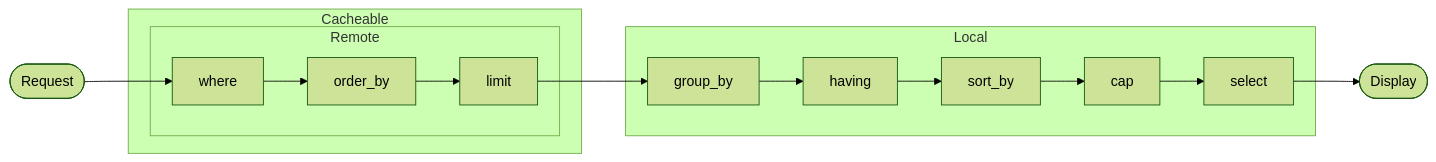
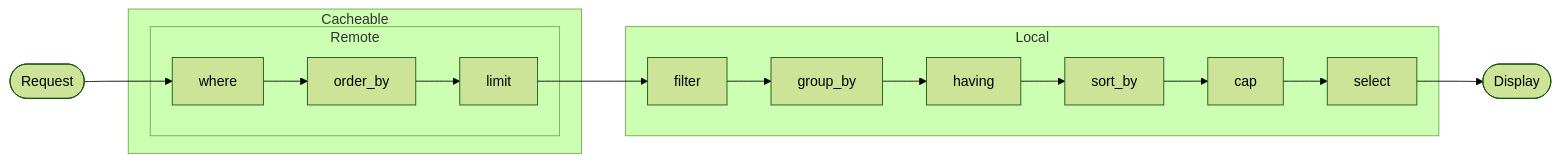
One commit to coddingtonbear/jira-select changed the diagram in docs/query_lifecycle.rst. Above: the diagram before and after it, drawn with Mermaid (forest theme). The commit also changed 4 other files, not shown here.

```diff
--- a/docs/query_lifecycle.rst
+++ b/docs/query_lifecycle.rst
@@ -4,20 +4,21 @@
 .. mermaid::
 
    graph LR
         req([Request])
         req-->where
         subgraph Cacheable
           subgraph Remote
               where-->order_by
               order_by-->limit
           end
         end
         subgraph Local
-            limit-->group_by
+            limit-->filter
+            filter-->group_by
             group_by-->having
             having-->sort_by
             sort_by-->cap
             cap-->select
         end
         result([Display])
         select-->result
```
